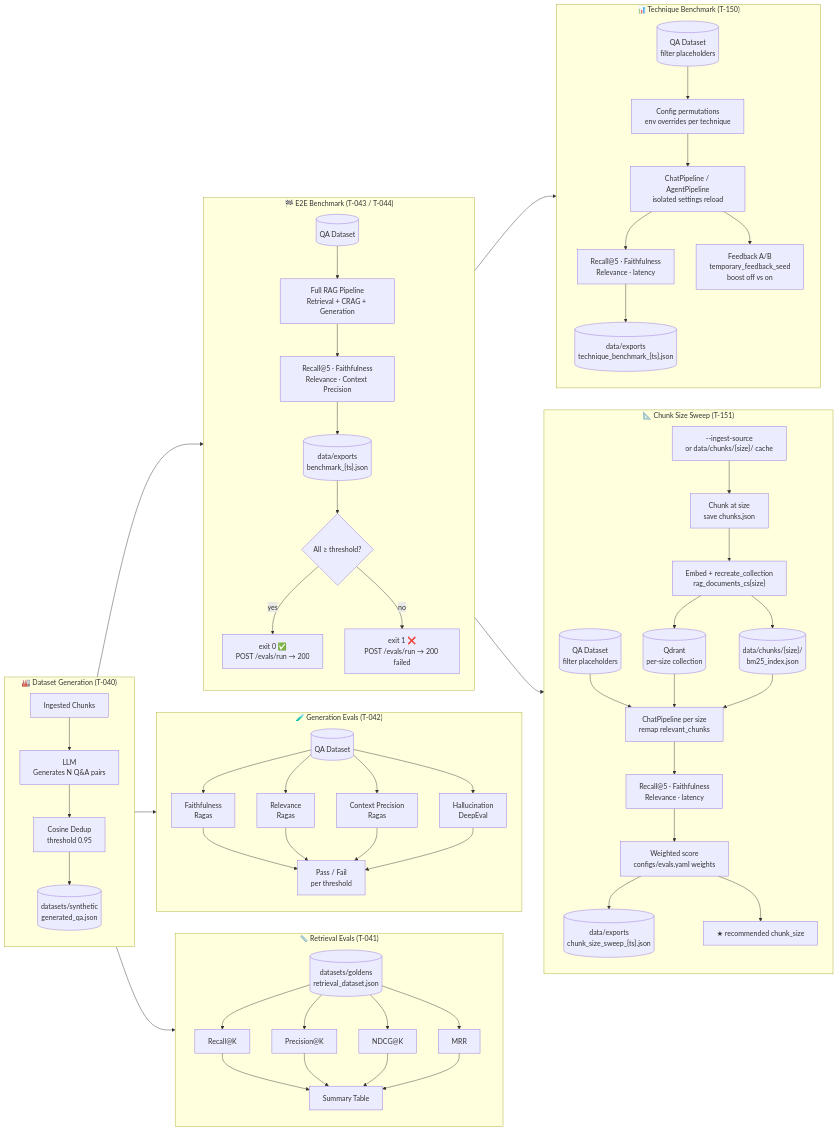
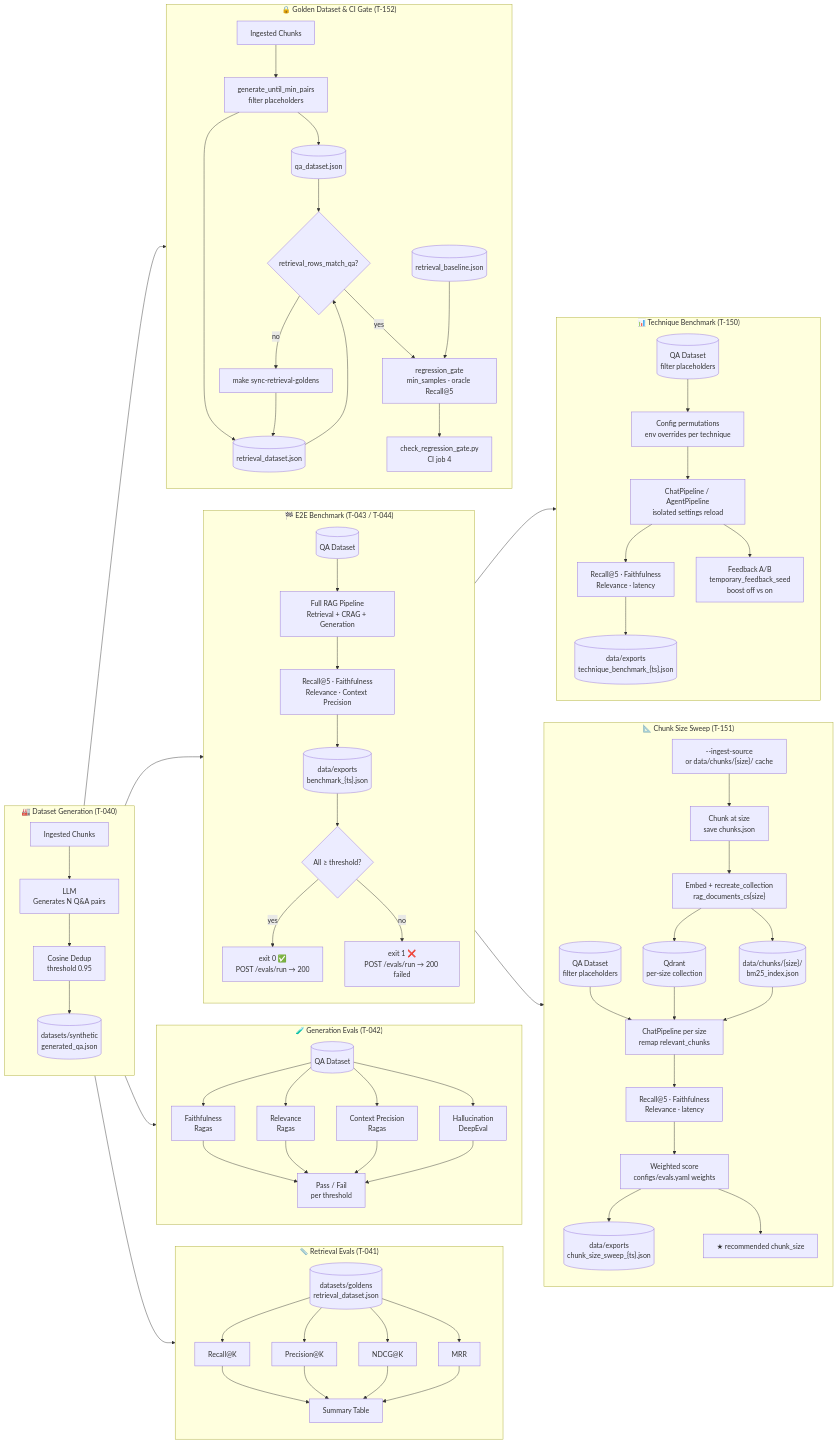
Diagram 14 of 16 in README.md (ealbertoav/rag_platform), drawn with Mermaid before and after one commit. The commit also changed other lines of this file and 1 other file, not shown here.

Commit message:
Enhance golden dataset utilities with QA/retrieval sync, placeholder filtering, and modular regression gate (T-152)

````diff
--- a/README.md
+++ b/README.md
@@ -2487,61 +2527,75 @@
 ```mermaid
 flowchart LR
     subgraph GEN["🏭 Dataset Generation (T-040)"]
         IC[Ingested Chunks] --> LLM2["LLM<br/>Generates N Q&A pairs"]
         LLM2 --> DED["Cosine Dedup<br/>threshold 0.95"]
         DED --> QA[("datasets/synthetic<br/>generated_qa.json")]
     end
 
     subgraph RET["📏 Retrieval Evals (T-041)"]
         QA2[("datasets/goldens<br/>retrieval_dataset.json")] --> R1["Recall@K"]
         QA2 --> R2["Precision@K"]
         QA2 --> R3["NDCG@K"]
         QA2 --> R4["MRR"]
         R1 & R2 & R3 & R4 --> RT[Summary Table]
     end
 
     subgraph GEN2["🧪 Generation Evals (T-042)"]
         QA3[("QA Dataset")] --> F["Faithfulness<br/>Ragas"]
         QA3 --> RV["Relevance<br/>Ragas"]
         QA3 --> CP["Context Precision<br/>Ragas"]
         QA3 --> H["Hallucination<br/>DeepEval"]
         F & RV & CP & H --> GR["Pass / Fail<br/>per threshold"]
     end
 
     subgraph E2E["🏁 E2E Benchmark (T-043 / T-044)"]
         QA4[("QA Dataset")] --> PIPE["Full RAG Pipeline<br/>Retrieval + CRAG + Generation"]
         PIPE --> MET["Recall@5 · Faithfulness<br/>Relevance · Context Precision"]
         MET --> RPT[("data/exports<br/>benchmark_{ts}.json")]
         RPT --> EXIT{All ≥ threshold?}
         EXIT -->|yes| PASS["exit 0 ✅<br/>POST /evals/run → 200"]
         EXIT -->|no| FAIL["exit 1 ❌<br/>POST /evals/run → 200 failed"]
     end
 
     subgraph TECH["📊 Technique Benchmark (T-150)"]
         QA5[("QA Dataset<br/>filter placeholders")] --> CFG["Config permutations<br/>env overrides per technique"]
         CFG --> RUN["ChatPipeline / AgentPipeline<br/>isolated settings reload"]
         RUN --> MET2["Recall@5 · Faithfulness<br/>Relevance · latency"]
         MET2 --> TB[("data/exports<br/>technique_benchmark_{ts}.json")]
         RUN --> FBAB["Feedback A/B<br/>temporary_feedback_seed<br/>boost off vs on"]
     end
 
     subgraph SWEEP["📐 Chunk Size Sweep (T-151)"]
         SRC["--ingest-source<br/>or data/chunks/{size}/ cache"] --> CHK["Chunk at size<br/>save chunks.json"]
         CHK --> IDX["Embed + recreate_collection<br/>rag_documents_cs{size}"]
         IDX --> BM25S[("data/chunks/{size}/<br/>bm25_index.json")]
         IDX --> QCS[("Qdrant<br/>per-size collection")]
         QA6[("QA Dataset<br/>filter placeholders")] --> EVAL["ChatPipeline per size<br/>remap relevant_chunks"]
         QCS --> EVAL
         BM25S --> EVAL
         EVAL --> MET3["Recall@5 · Faithfulness<br/>Relevance · latency"]
         MET3 --> WGT["Weighted score<br/>configs/evals.yaml weights"]
         WGT --> CS[("data/exports<br/>chunk_size_sweep_{ts}.json")]
         WGT --> REC["★ recommended chunk_size"]
     end
 
+    subgraph GOLDEN["🔒 Golden Dataset & CI Gate (T-152)"]
+        IC2[Ingested Chunks] --> EXPAND["generate_until_min_pairs<br/>filter placeholders"]
+        EXPAND --> QA7[("qa_dataset.json")]
+        EXPAND --> RET2[("retrieval_dataset.json")]
+        QA7 --> MATCH{retrieval_rows_match_qa?}
+        RET2 --> MATCH
+        MATCH -->|no| SYNC2["make sync-retrieval-goldens"]
+        SYNC2 --> RET2
+        MATCH -->|yes| GATE2["regression_gate<br/>min_samples · oracle Recall@5"]
+        BASE2[("retrieval_baseline.json")] --> GATE2
+        GATE2 --> CI2["check_regression_gate.py<br/>CI job 4"]
+    end
+
     GEN --> RET
     GEN --> GEN2
     GEN --> E2E
+    GEN --> GOLDEN
     E2E --> TECH
     E2E --> SWEEP
 ```
````
